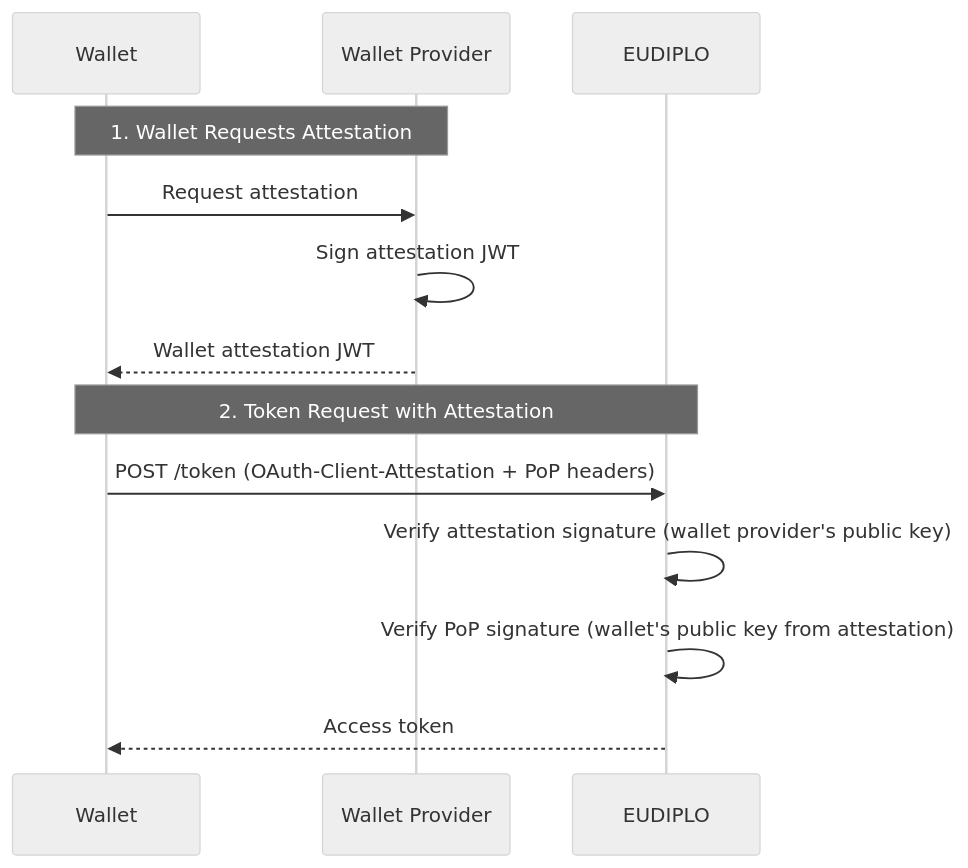
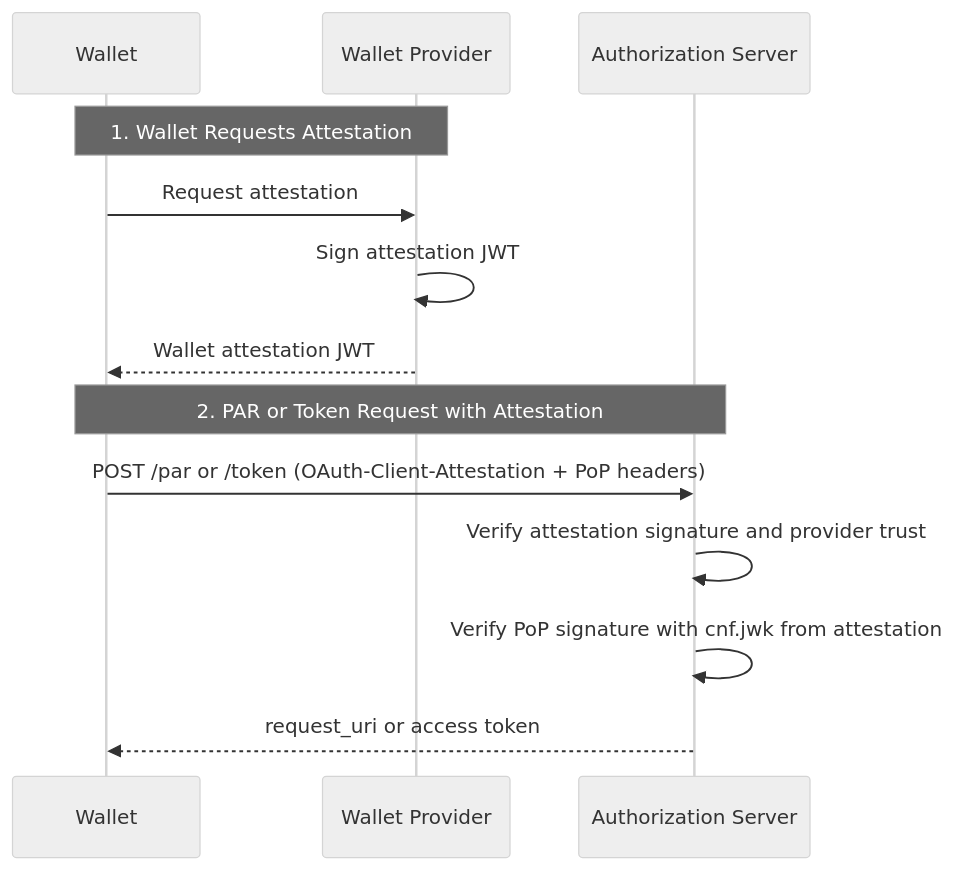
Before and after one commit to openwallet-foundation/eudiplo: the second of 2 diagrams in apps/docs/docs/architecture/security.md, drawn with Mermaid (neutral theme). The commit also changed other lines of this file and 53 other files, not shown here.

Commit message:
feat: configure wallet attestation per authorization server

````diff
--- a/apps/docs/docs/architecture/security.md
+++ b/apps/docs/docs/architecture/security.md
@@ -227,17 +238,17 @@
 ```mermaid
 sequenceDiagram
     participant W as Wallet
     participant WP as Wallet Provider
-    participant E as EUDIPLO
+    participant AS as Authorization Server
 
     Note over W,WP: 1. Wallet Requests Attestation
     W->>WP: Request attestation
     WP->>WP: Sign attestation JWT
     WP-->>W: Wallet attestation JWT
 
-    Note over W,E: 2. Token Request with Attestation
-    W->>E: POST /token (OAuth-Client-Attestation + PoP headers)
-    E->>E: Verify attestation signature (wallet provider's public key)
-    E->>E: Verify PoP signature (wallet's public key from attestation)
-    E-->>W: Access token
+    Note over W,AS: 2. PAR or Token Request with Attestation
+    W->>AS: POST /par or /token (OAuth-Client-Attestation + PoP headers)
+    AS->>AS: Verify attestation signature and provider trust
+    AS->>AS: Verify PoP signature with cnf.jwk from attestation
+    AS-->>W: request_uri or access token
 ```
````
